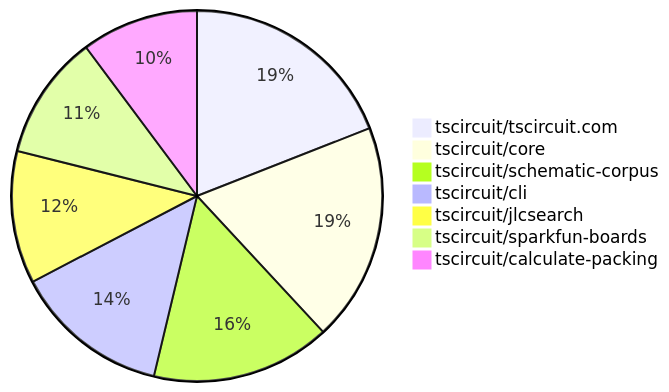
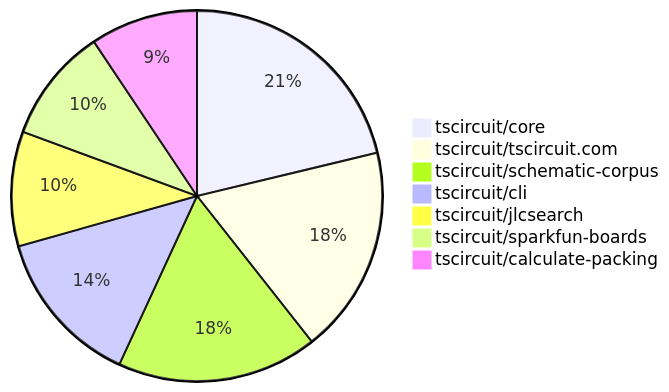
One commit to tscircuit/contribution-tracker changed the second of 2 diagrams in README.md. Above: the diagram before and after it, drawn with Mermaid. The commit also changed other lines of this file and 3 other files, not shown here.

````diff
--- a/README.md
+++ b/README.md
@@ -112,10 +113,10 @@
 ```mermaid
 pie
-    "tscircuit/tscircuit.com" : 28
-    "tscircuit/core" : 28
-    "tscircuit/schematic-corpus" : 23
-    "tscircuit/cli" : 20
-    "tscircuit/jlcsearch" : 17
+    "tscircuit/core" : 34
+    "tscircuit/tscircuit.com" : 29
+    "tscircuit/schematic-corpus" : 28
+    "tscircuit/cli" : 22
+    "tscircuit/jlcsearch" : 16
     "tscircuit/sparkfun-boards" : 16
     "tscircuit/calculate-packing" : 15
 ```
````
